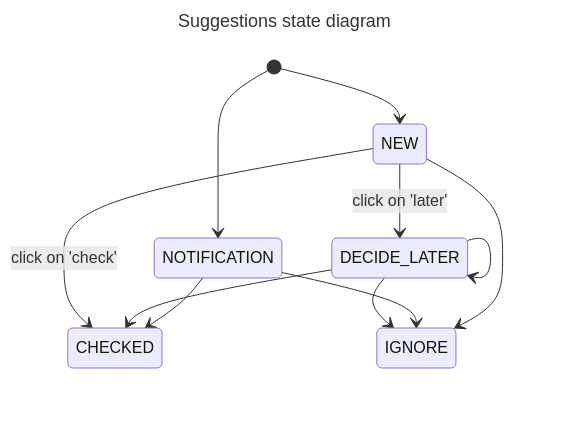
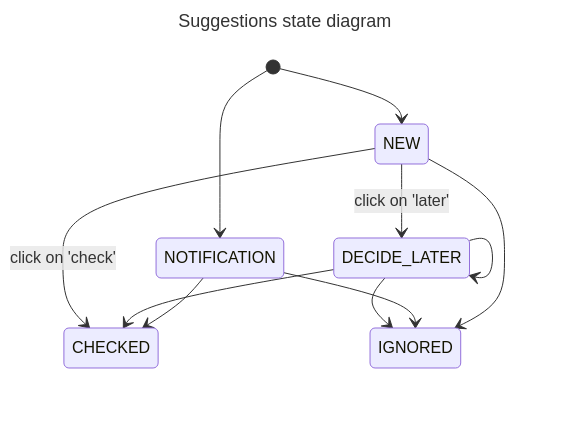
Before and after one commit to evandor/tabsets: the diagram in docs/mermaid/suggestions.mmd, drawn with Mermaid. The commit also changed 29 other files, not shown here.

```diff
--- a/docs/mermaid/suggestions.mmd
+++ b/docs/mermaid/suggestions.mmd
@@ -1,17 +1,17 @@
 ---
 title: Suggestions state diagram
 ---
 stateDiagram-v2
 %%    s2 : This is a state description
     [*] --> NEW
     [*] --> NOTIFICATION
 %%    Still --> [*]
 
     NEW --> DECIDE_LATER: click on 'later'
     NEW --> CHECKED: click on 'check'
     DECIDE_LATER --> DECIDE_LATER
-    DECIDE_LATER --> IGNORE
+    DECIDE_LATER --> IGNORED
     DECIDE_LATER --> CHECKED
-    NOTIFICATION --> IGNORE
+    NOTIFICATION --> IGNORED
     NOTIFICATION --> CHECKED
-    NEW --> IGNORE
+    NEW --> IGNORED
```
